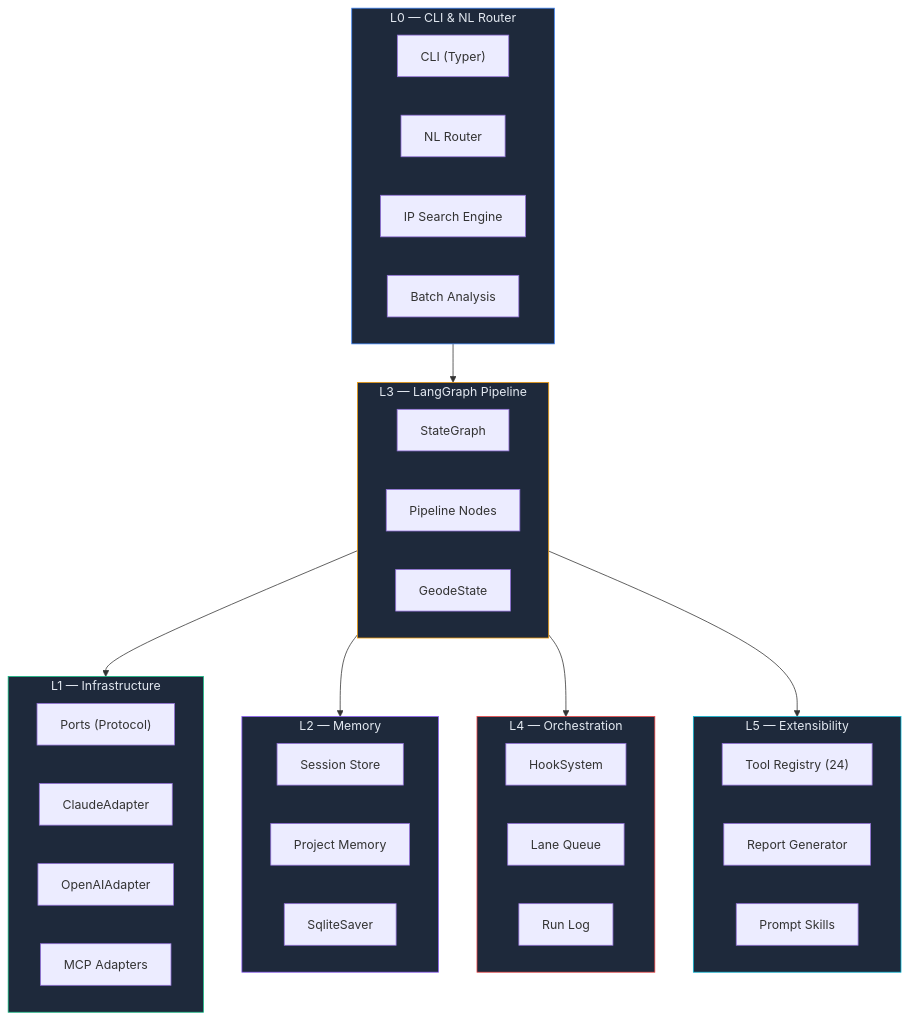
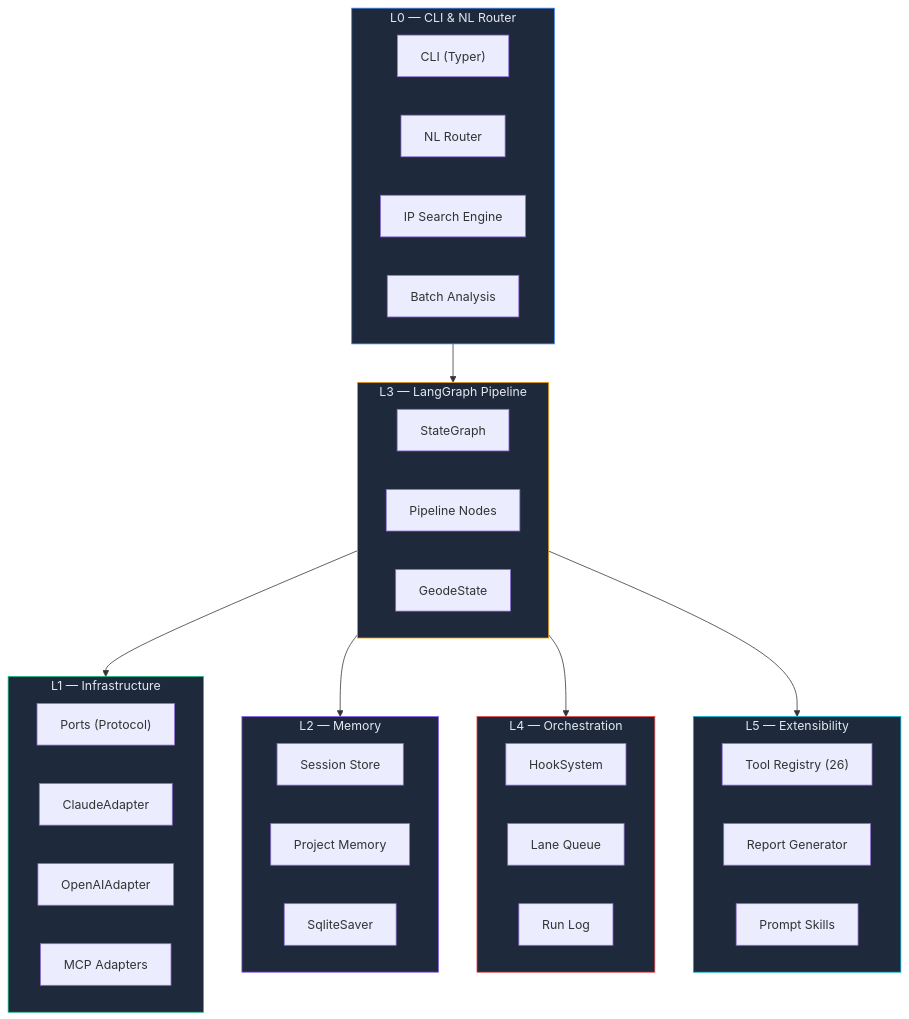
The first of 4 diagrams in README.md (mangowhoiscloud/geode), drawn with Mermaid before and after one commit. The commit also changed other lines of this file and 3 other files, not shown here.

````diff
--- a/README.md
+++ b/README.md
@@ -31,54 +37,54 @@
 ```mermaid
 graph TB
     subgraph L0["L0 — CLI & NL Router"]
         CLI["CLI (Typer)"]
         NLR["NL Router"]
         Search["IP Search Engine"]
         Batch["Batch Analysis"]
     end
 
     subgraph L1["L1 — Infrastructure"]
         direction LR
         Ports["Ports (Protocol)"]
         Claude["ClaudeAdapter"]
         OpenAI["OpenAIAdapter"]
         MCP["MCP Adapters"]
     end
 
     subgraph L2["L2 — Memory"]
         Session["Session Store"]
         Project["Project Memory"]
         Checkpoint["SqliteSaver"]
     end
 
     subgraph L3["L3 — LangGraph Pipeline"]
         Graph["StateGraph"]
         Nodes["Pipeline Nodes"]
         State["GeodeState"]
     end
 
     subgraph L4["L4 — Orchestration"]
         Hooks["HookSystem"]
         Lanes["Lane Queue"]
         RunLog["Run Log"]
     end
 
     subgraph L5["L5 — Extensibility"]
-        Tools["Tool Registry (24)"]
+        Tools["Tool Registry (26)"]
         Reports["Report Generator"]
         Templates["Prompt Skills"]
     end
 
     L0 --> L3
     L3 --> L1
     L3 --> L2
     L3 --> L4
     L3 --> L5
 
     style L0 fill:#1e293b,stroke:#3b82f6,color:#e2e8f0
     style L1 fill:#1e293b,stroke:#10b981,color:#e2e8f0
     style L2 fill:#1e293b,stroke:#8b5cf6,color:#e2e8f0
     style L3 fill:#1e293b,stroke:#f59e0b,color:#e2e8f0
     style L4 fill:#1e293b,stroke:#ef4444,color:#e2e8f0
     style L5 fill:#1e293b,stroke:#06b6d4,color:#e2e8f0
 ```
````
